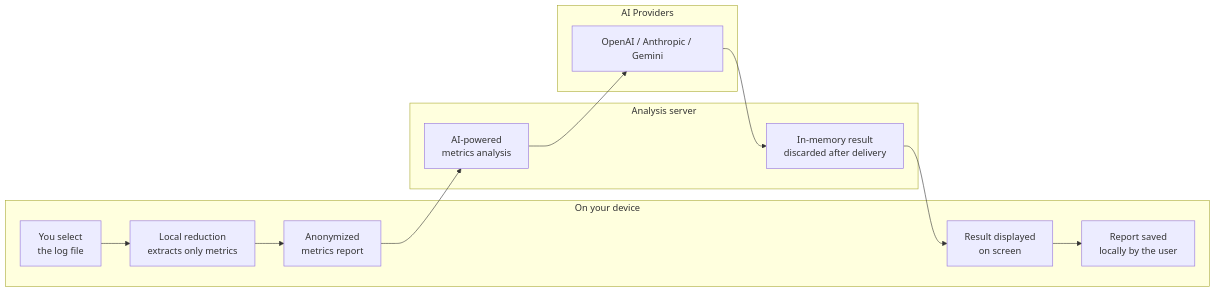
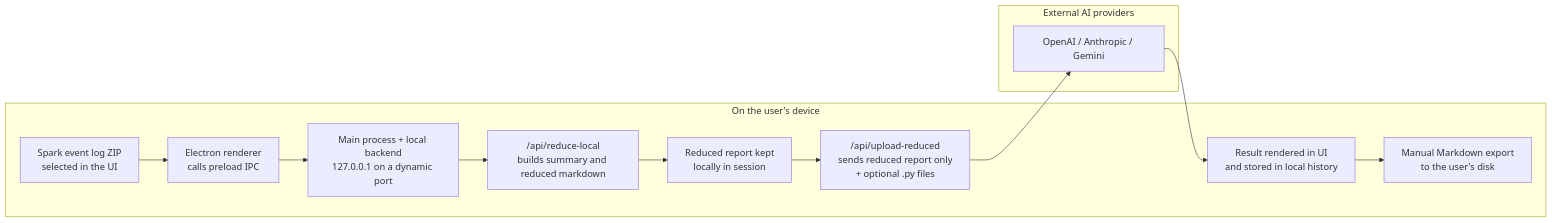
The diagram in apps/desktop/renderer/features/spark-analyzer/docs/01-diagrama-arquitetura-privacidade-en.md (alexvalsechi/spark-log-analyzer), drawn with Mermaid before and after one commit. The commit also changed other lines of this file and 13 other files, not shown here.

````diff
--- a/apps/desktop/renderer/features/spark-analyzer/docs/01-diagrama-arquitetura-privacidade-en.md
+++ b/apps/desktop/renderer/features/spark-analyzer/docs/01-diagrama-arquitetura-privacidade-en.md
@@ -5,27 +5,19 @@
 ```mermaid
 flowchart LR
-    subgraph your_device["On your device"]
-        A["You select<br/>the log file"]
-        B["Local reduction<br/>extracts only metrics"]
-        C["Anonymized<br/>metrics report"]
-        D["Result displayed<br/>on screen"]
-        E["Report saved<br/>locally by the user"]
+    subgraph device["On the user's device"]
+        A["Spark event log ZIP<br/>selected in the UI"]
+        B["Electron renderer<br/>calls preload IPC"]
+        C["Main process + local backend<br/>127.0.0.1 on a dynamic port"]
+        D["/api/reduce-local<br/>builds summary and reduced markdown"]
+        E["Reduced report kept<br/>locally in session"]
+        F["/api/upload-reduced<br/>sends reduced report only<br/>+ optional .py files"]
+        G["Result rendered in UI<br/>and stored in local history"]
+        H["Manual Markdown export<br/>to the user's disk"]
     end
 
-    subgraph server["Analysis server"]
-        F["AI-powered<br/>metrics analysis"]
-        G["In-memory result<br/>discarded after delivery"]
+    subgraph llm["External AI providers"]
+        I["OpenAI / Anthropic / Gemini"]
     end
 
-    subgraph ai_providers["AI Providers"]
-        H["OpenAI / Anthropic / Gemini"]
-    end
-
-    A --> B
-    B --> C
-    C --> F
-    F --> H
-    H --> G
-    G --> D
-    D --> E
+    A --> B --> C --> D --> E --> F --> I --> G --> H
 ```
````
